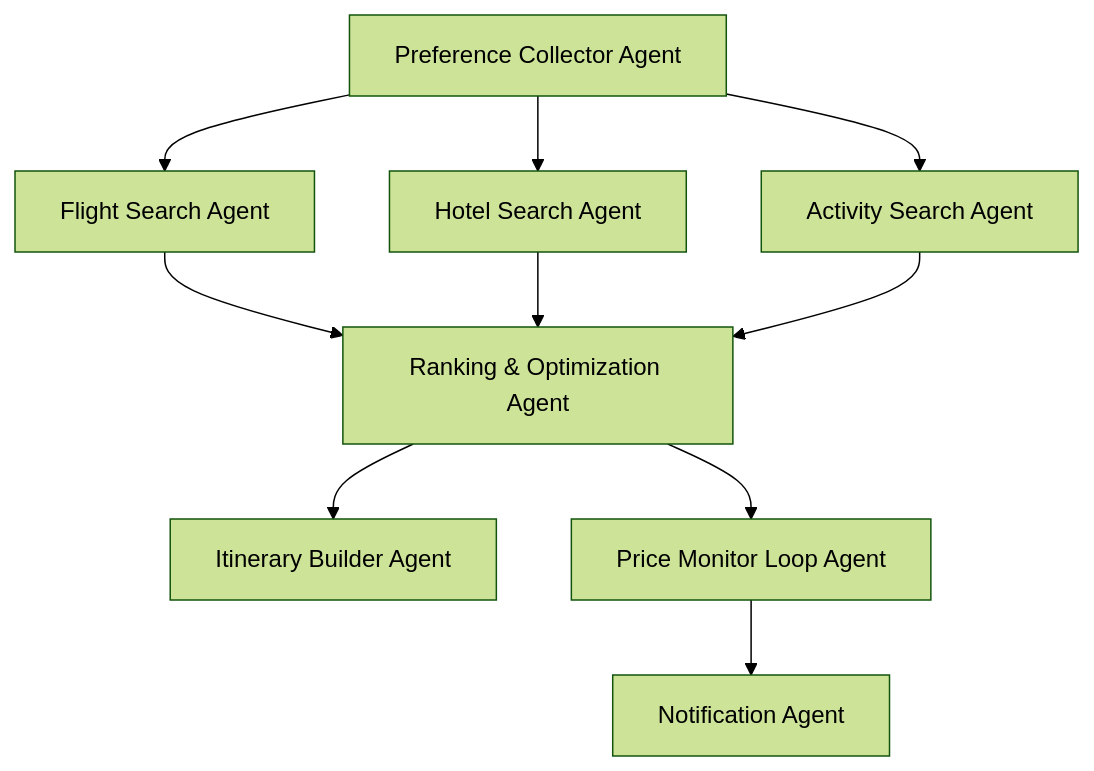
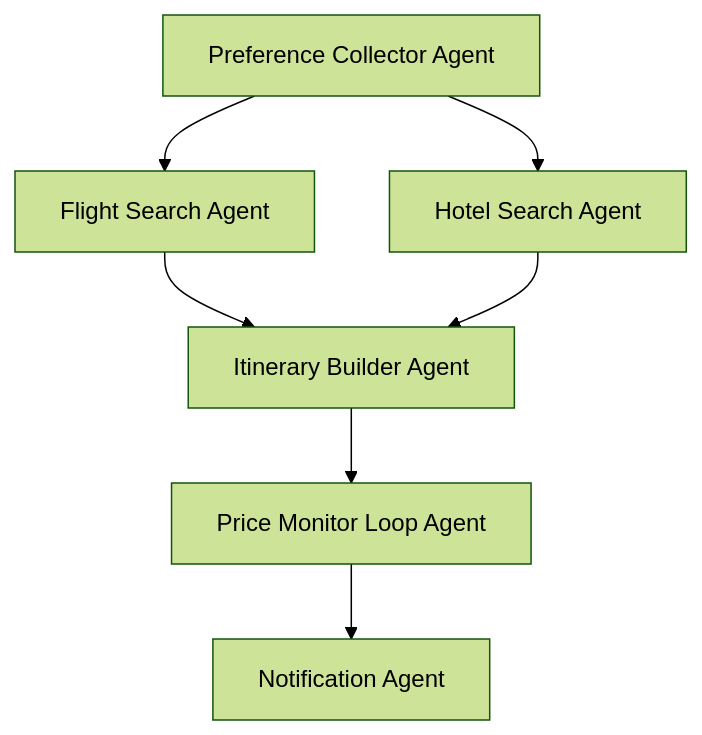
Before and after one commit to swamibala/ai-trip-optimiser-deal-hunter: the diagram in README.md, drawn with Mermaid (forest theme). The commit also changed 5 other files, not shown here.

````diff
--- a/README.md
+++ b/README.md
@@ -62,14 +62,12 @@
 ```mermaid
 
 graph TD
   A[Preference Collector Agent] --> B[Flight Search Agent]
   A --> C[Hotel Search Agent]
-  A --> D[Activity Search Agent]
-  B --> E[Ranking & Optimization Agent]
-  C --> E
-  D --> E
-  E --> F[Itinerary Builder Agent]
-  E --> G[Price Monitor Loop Agent]
+  B --> F[Itinerary Builder Agent]
+  C --> F
+  F --> G[Price Monitor Loop Agent]
   G --> H[Notification Agent]
+  
 
 ```
````
